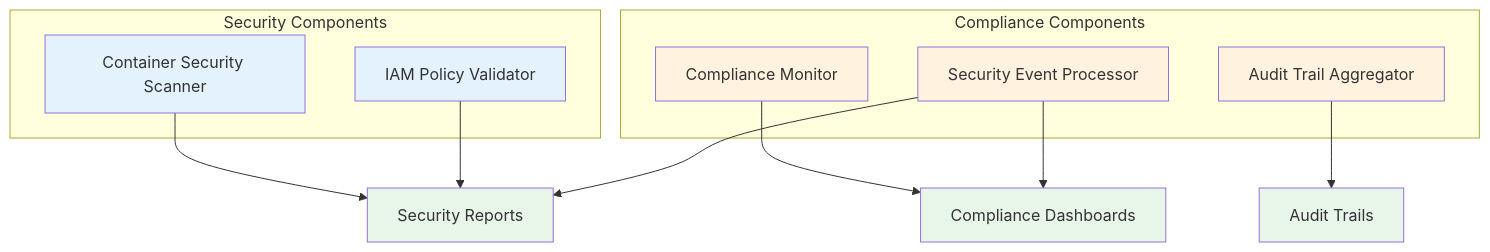
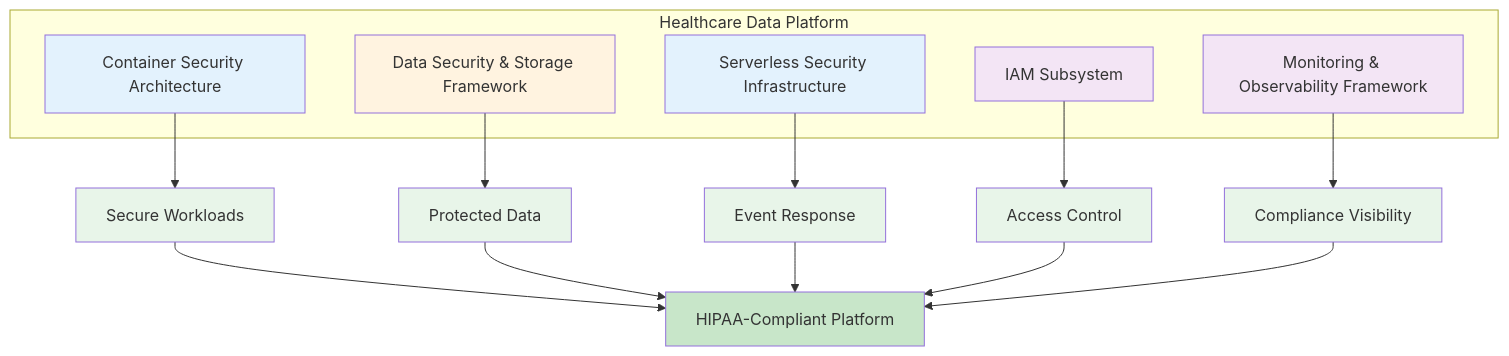
One commit to iTrauco/gcp-sad changed the first of 2 diagrams in notebooks/Healthcare Security Data Platform IAM - System Analysis and Design Proposal.md. Above: the diagram before and after it, drawn with Mermaid. The commit also changed other lines of this file, not shown here.

Commit message:
Auto-convert notebooks and compile mermaid

````diff
--- a/notebooks/Healthcare Security Data Platform IAM - System Analysis and Design Proposal.md
+++ b/notebooks/Healthcare Security Data Platform IAM - System Analysis and Design Proposal.md
@@ -628,29 +118,30 @@
 ```mermaid
 flowchart TB
-    subgraph SecurityComponents ["Security Components"]
-        A[Container Security Scanner]
-        B[IAM Policy Validator]
+    subgraph "Healthcare Data Platform"
+        A[Container Security Architecture]
+        B[Data Security & Storage Framework]
+        C[Serverless Security Infrastructure]
+        D[IAM Subsystem]
+        E[Monitoring & Observability Framework]
     end
     
-    subgraph ComplianceComponents ["Compliance Components"]
-        C[Compliance Monitor]
-        D[Security Event Processor]
-        E[Audit Trail Aggregator]
-    end
+    A --> F[Secure Workloads]
+    B --> G[Protected Data]
+    C --> H[Event Response]
+    D --> I[Access Control]
+    E --> J[Compliance Visibility]
     
-    A --> F[Security Reports]
-    B --> F
-    C --> G[Compliance Dashboards]
-    D --> F
-    D --> G
-    E --> H[Audit Trails]
+    F & G & H & I & J --> K[HIPAA-Compliant Platform]
     
     style A fill:#e3f2fd
-    style B fill:#e3f2fd
-    style C fill:#fff3e0
-    style D fill:#fff3e0
-    style E fill:#fff3e0
+    style B fill:#fff3e0
+    style C fill:#e3f2fd
+    style D fill:#f3e5f5
+    style E fill:#f3e5f5
     style F fill:#e8f5e9
     style G fill:#e8f5e9
     style H fill:#e8f5e9
+    style I fill:#e8f5e9
+    style J fill:#e8f5e9
+    style K fill:#c8e6c9
 ```
````
